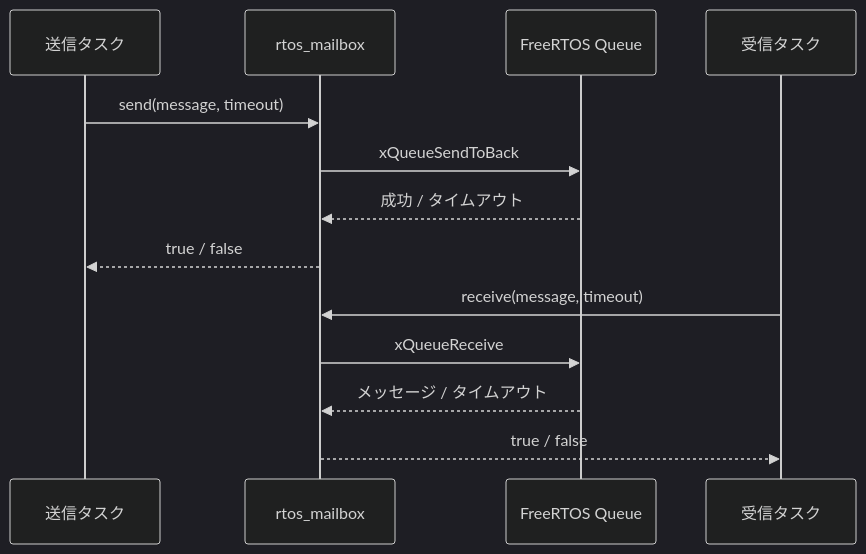
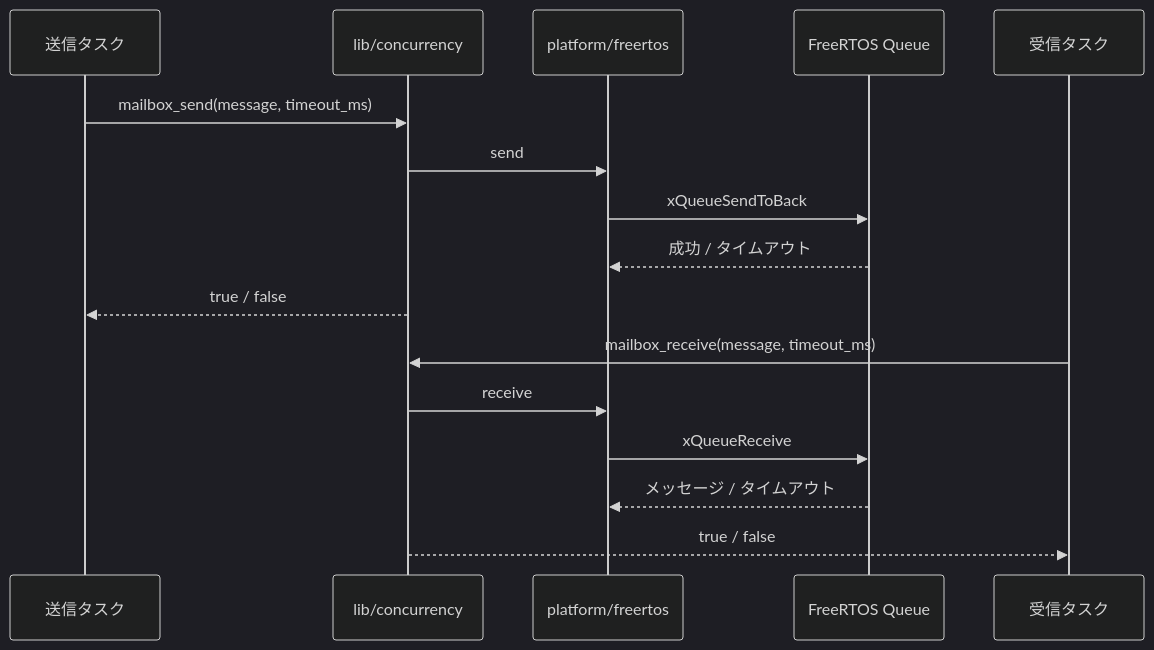
One commit to starkensan/usb_midi_pedal changed the second of 2 diagrams in docs/designs/rtos-mailbox.md. Above: the diagram before and after it, drawn with Mermaid (dark theme). The commit also changed other lines of this file and 16 other files, not shown here.

````diff
--- a/docs/designs/rtos-mailbox.md
+++ b/docs/designs/rtos-mailbox.md
@@ -61,16 +73,19 @@
 ```mermaid
 sequenceDiagram
     participant Producer as 送信タスク
-    participant Mailbox as rtos_mailbox
+    participant Mailbox as lib/concurrency
+    participant Adapter as platform/freertos
     participant Queue as FreeRTOS Queue
     participant Consumer as 受信タスク
 
-    Producer->>Mailbox: send(message, timeout)
-    Mailbox->>Queue: xQueueSendToBack
-    Queue-->>Mailbox: 成功 / タイムアウト
+    Producer->>Mailbox: mailbox_send(message, timeout_ms)
+    Mailbox->>Adapter: send
+    Adapter->>Queue: xQueueSendToBack
+    Queue-->>Adapter: 成功 / タイムアウト
     Mailbox-->>Producer: true / false
-    Consumer->>Mailbox: receive(message, timeout)
-    Mailbox->>Queue: xQueueReceive
-    Queue-->>Mailbox: メッセージ / タイムアウト
+    Consumer->>Mailbox: mailbox_receive(message, timeout_ms)
+    Mailbox->>Adapter: receive
+    Adapter->>Queue: xQueueReceive
+    Queue-->>Adapter: メッセージ / タイムアウト
     Mailbox-->>Consumer: true / false
 ```
````
